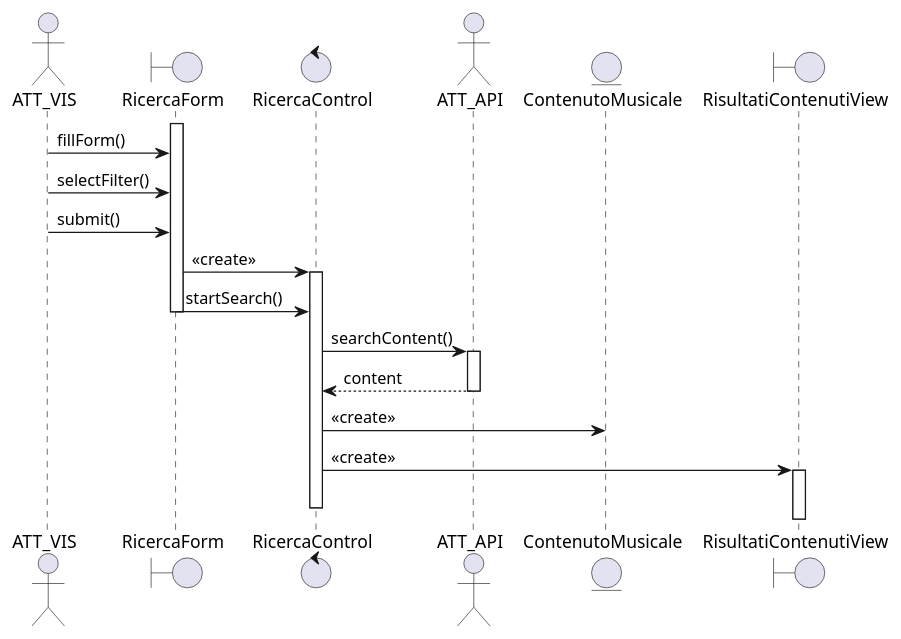
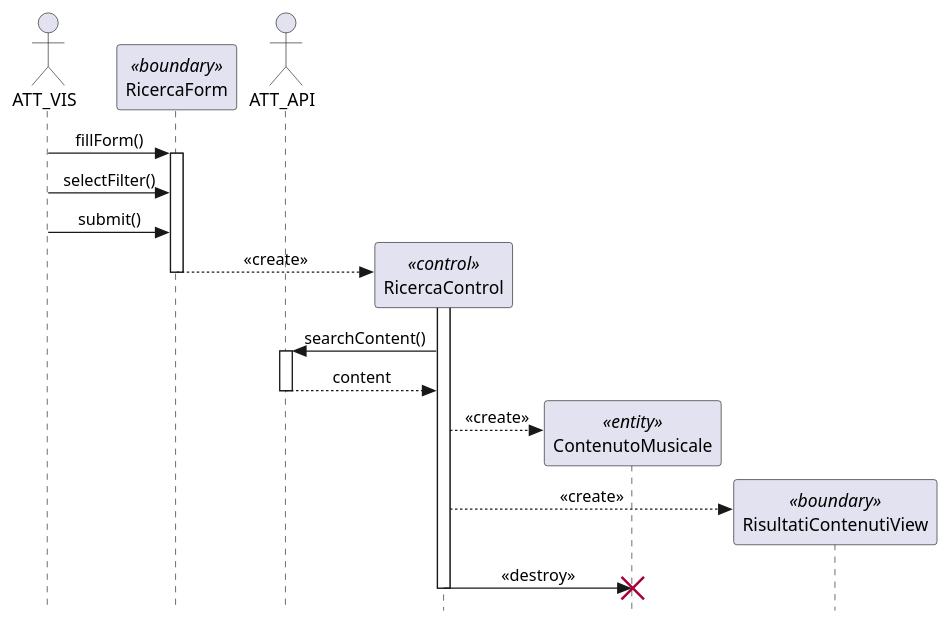
Before and after one commit to rdelvacchio/AmplyMus: the diagram in RAD/src/SD/SD_GC_1.plantuml, drawn with PlantUML. The commit also changed 5 other files, not shown here.

```diff
--- a/RAD/src/SD/SD_GC_1.plantuml
+++ b/RAD/src/SD/SD_GC_1.plantuml
@@ -1,26 +1,31 @@
 @startuml
+hide footbox
+skinparam style strictuml
+skinparam sequenceMessageAlign center
+
 actor ATT_VIS
-boundary "RicercaForm" as A
-control "RicercaControl" as C
+participant "RicercaForm" as A <<boundary>>
 actor "ATT_API" as API
-entity "ContenutoMusicale" as D
-boundary "RisultatiContenutiView" as E
 
+ATT_VIS -> A : fillForm()
 activate A
-ATT_VIS -> A : fillForm()
 ATT_VIS -> A : selectFilter()
 ATT_VIS -> A : submit()
-A -> C ++ : <<create>>
-A -> C : startSearch()
+
+create participant "RicercaControl" as C <<control>>
+A --> C ++ : <<create>>
 deactivate A
 
 C -> API ++ : searchContent()
 API --> C : content
 deactivate API
 
-C -> D : <<create>>
+create participant "ContenutoMusicale" as D <<entity>>
+C --> D : <<create>>
 
-C -> E ++ : <<create>>
+create participant "RisultatiContenutiView" as E <<boundary>>
+C --> E : <<create>>
+
+C -> D !! : <<destroy>>
 deactivate C
-
 @enduml
```
